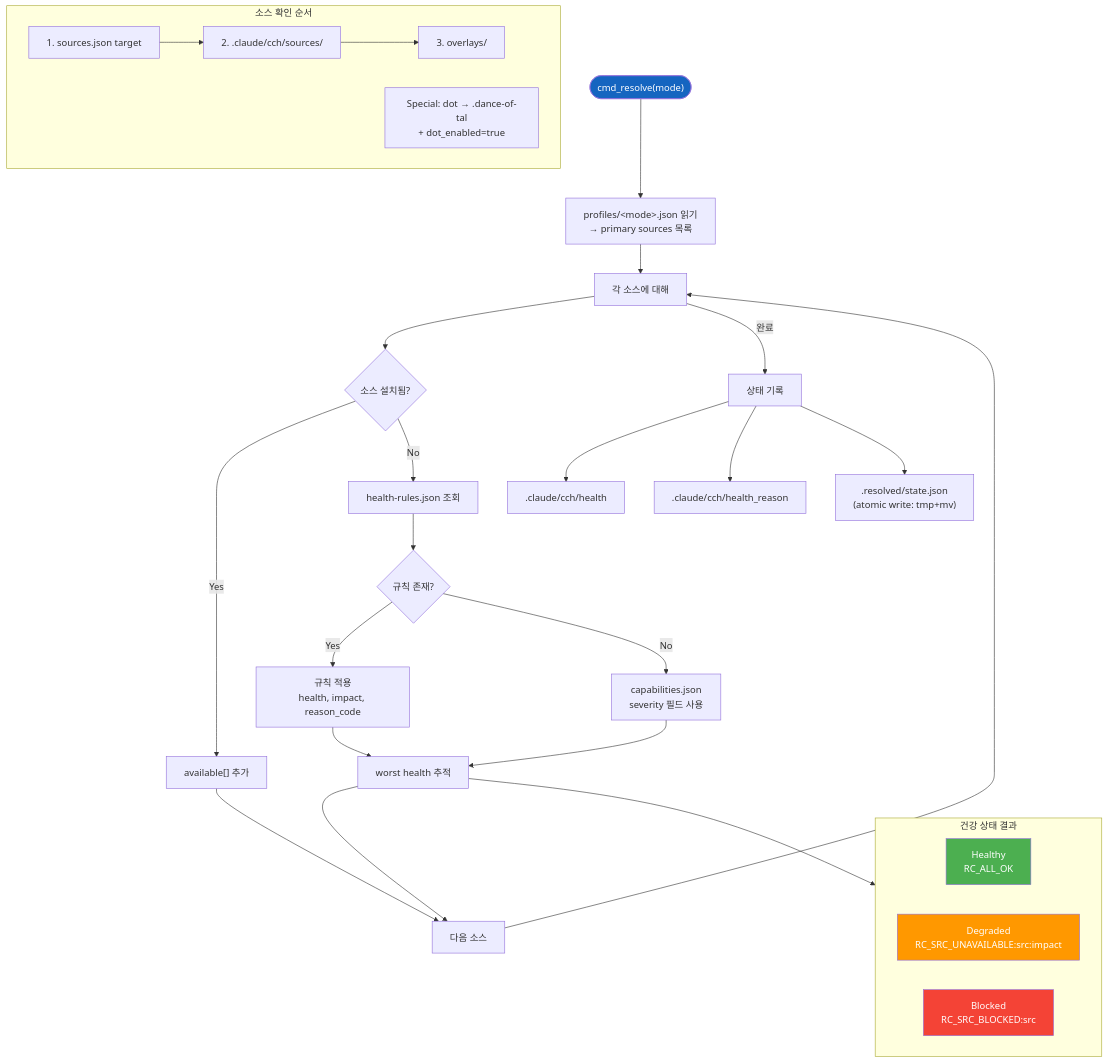
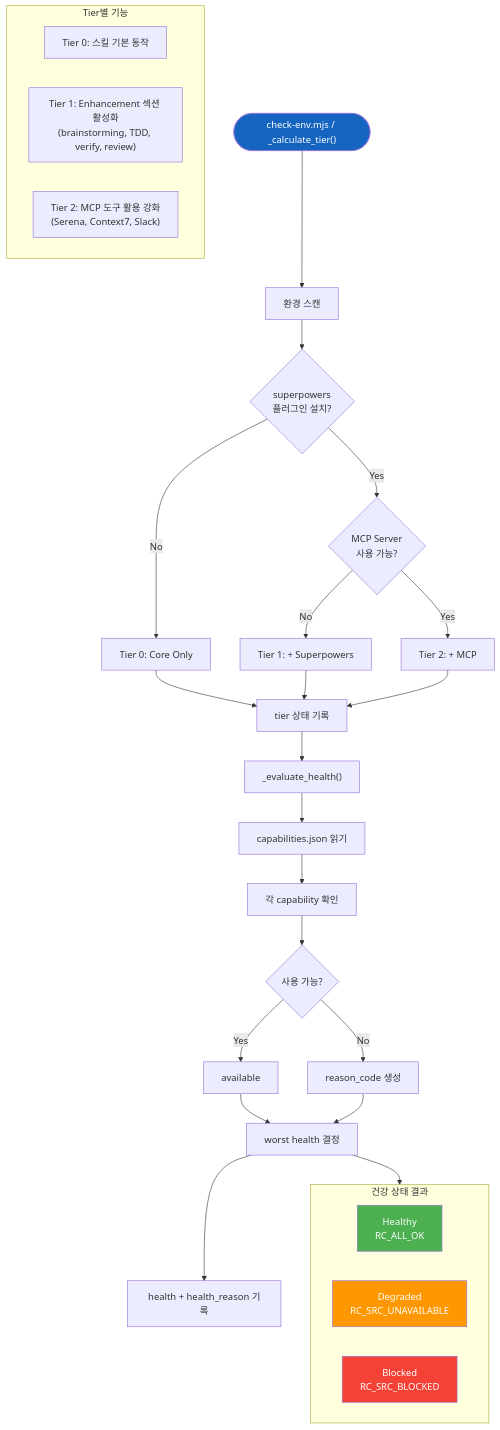
One commit to skdkfk8758/claude-code-harness changed the fourth of 12 diagrams in docs/diagrams/cch-workflows.md. Above: the diagram before and after it, drawn with Mermaid. The commit also changed other lines of this file and 34 other files, not shown here.

````diff
--- a/docs/diagrams/cch-workflows.md
+++ b/docs/diagrams/cch-workflows.md
@@ -228,45 +162,41 @@
 ```mermaid
 flowchart TD
-    START(["cmd_resolve(mode)"]) --> READ_PROFILE["profiles/&lt;mode&gt;.json 읽기<br/>→ primary sources 목록"]
+    START(["check-env.mjs / _calculate_tier()"]) --> SCAN["환경 스캔"]
 
-    READ_PROFILE --> FOR_SRC["각 소스에 대해"]
-    FOR_SRC --> CHECK_AVAIL{"소스 설치됨?"}
+    SCAN --> CHK_SP{"superpowers<br/>플러그인 설치?"}
+    CHK_SP -->|No| TIER0["Tier 0: Core Only"]
+    CHK_SP -->|Yes| CHK_MCP{"MCP Server<br/>사용 가능?"}
+    CHK_MCP -->|No| TIER1["Tier 1: + Superpowers"]
+    CHK_MCP -->|Yes| TIER2["Tier 2: + MCP"]
 
-    CHECK_AVAIL -->|Yes| ADD_AVAIL["available[] 추가"]
-    CHECK_AVAIL -->|No| LOOKUP_RULE["health-rules.json 조회"]
+    TIER0 & TIER1 & TIER2 --> WRITE_TIER["tier 상태 기록"]
 
-    LOOKUP_RULE --> RULE_FOUND{"규칙 존재?"}
-    RULE_FOUND -->|Yes| APPLY_RULE["규칙 적용<br/>health, impact, reason_code"]
-    RULE_FOUND -->|No| FALLBACK_CAP["capabilities.json<br/>severity 필드 사용"]
+    WRITE_TIER --> EVAL_HEALTH["_evaluate_health()"]
+    EVAL_HEALTH --> READ_CAP["capabilities.json 읽기"]
+    READ_CAP --> CHECK_EACH["각 capability 확인"]
+    CHECK_EACH --> AVAIL{"사용 가능?"}
+    AVAIL -->|Yes| OK["available"]
+    AVAIL -->|No| REASON["reason_code 생성"]
 
-    APPLY_RULE --> TRACK_WORST["worst health 추적"]
-    FALLBACK_CAP --> TRACK_WORST
-    ADD_AVAIL --> NEXT["다음 소스"]
-    TRACK_WORST --> NEXT
-    NEXT --> FOR_SRC
-
-    FOR_SRC -->|완료| WRITE_STATE["상태 기록"]
-    WRITE_STATE --> HEALTH_FILE[".claude/cch/health"]
-    WRITE_STATE --> REASON_FILE[".claude/cch/health_reason"]
-    WRITE_STATE --> RESOLVED_JSON[".resolved/state.json<br/>(atomic write: tmp+mv)"]
+    OK & REASON --> WORST["worst health 결정"]
+    WORST --> WRITE_HEALTH["health + health_reason 기록"]
 
     subgraph HealthOutcomes["건강 상태 결과"]
         HEALTHY["Healthy<br/>RC_ALL_OK"]
-        DEGRADED["Degraded<br/>RC_SRC_UNAVAILABLE:src:impact"]
-        BLOCKED["Blocked<br/>RC_SRC_BLOCKED:src"]
+        DEGRADED["Degraded<br/>RC_SRC_UNAVAILABLE"]
+        BLOCKED["Blocked<br/>RC_SRC_BLOCKED"]
     end
 
-    TRACK_WORST --> HealthOutcomes
+    WORST --> HealthOutcomes
 
-    subgraph CheckOrder["소스 확인 순서"]
-        direction LR
-        C1["1. sources.json target"] --> C2["2. .claude/cch/sources/"]
-        C2 --> C3["3. overlays/"]
-        C4["Special: dot → .dance-of-tal<br/>+ dot_enabled=true"]
+    subgraph TierEffects["Tier별 기능"]
+        T0E["Tier 0: 스킬 기본 동작"]
+        T1E["Tier 1: Enhancement 섹션 활성화<br/>(brainstorming, TDD, verify, review)"]
+        T2E["Tier 2: MCP 도구 활용 강화<br/>(Serena, Context7, Slack)"]
     end
 
     style START fill:#1565C0,color:white
     style HEALTHY fill:#4CAF50,color:white
     style DEGRADED fill:#FF9800,color:white
     style BLOCKED fill:#F44336,color:white
 ```
````
